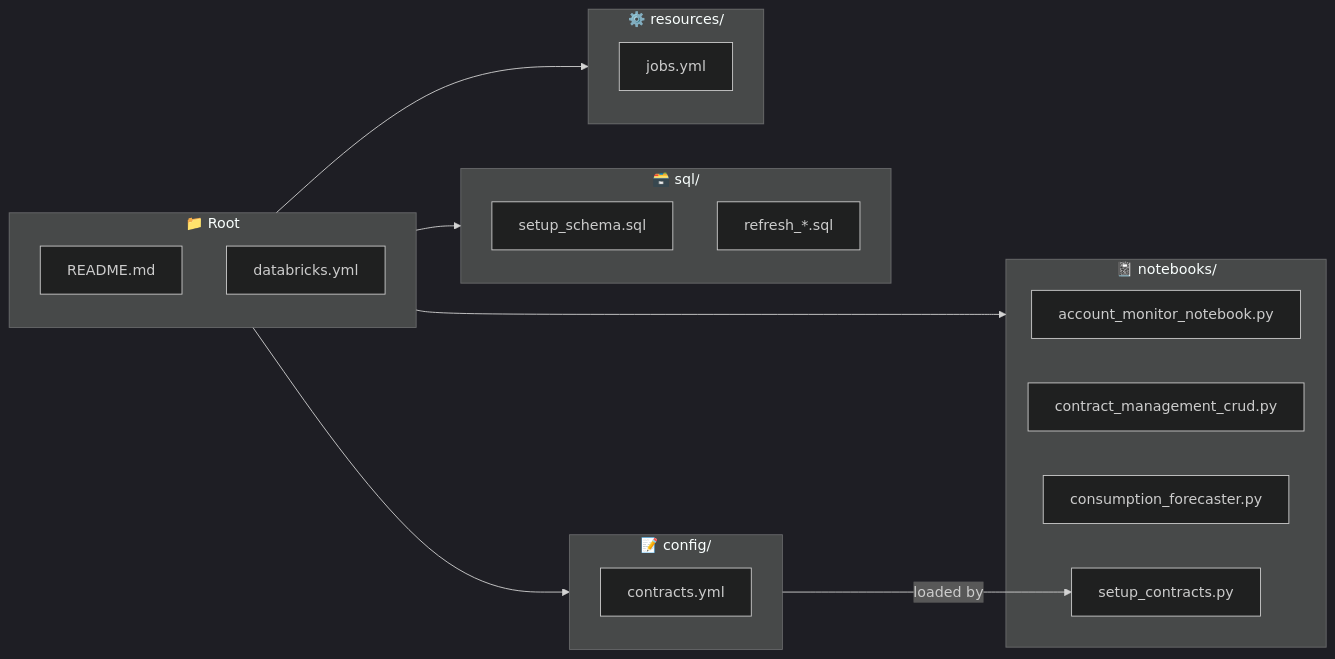
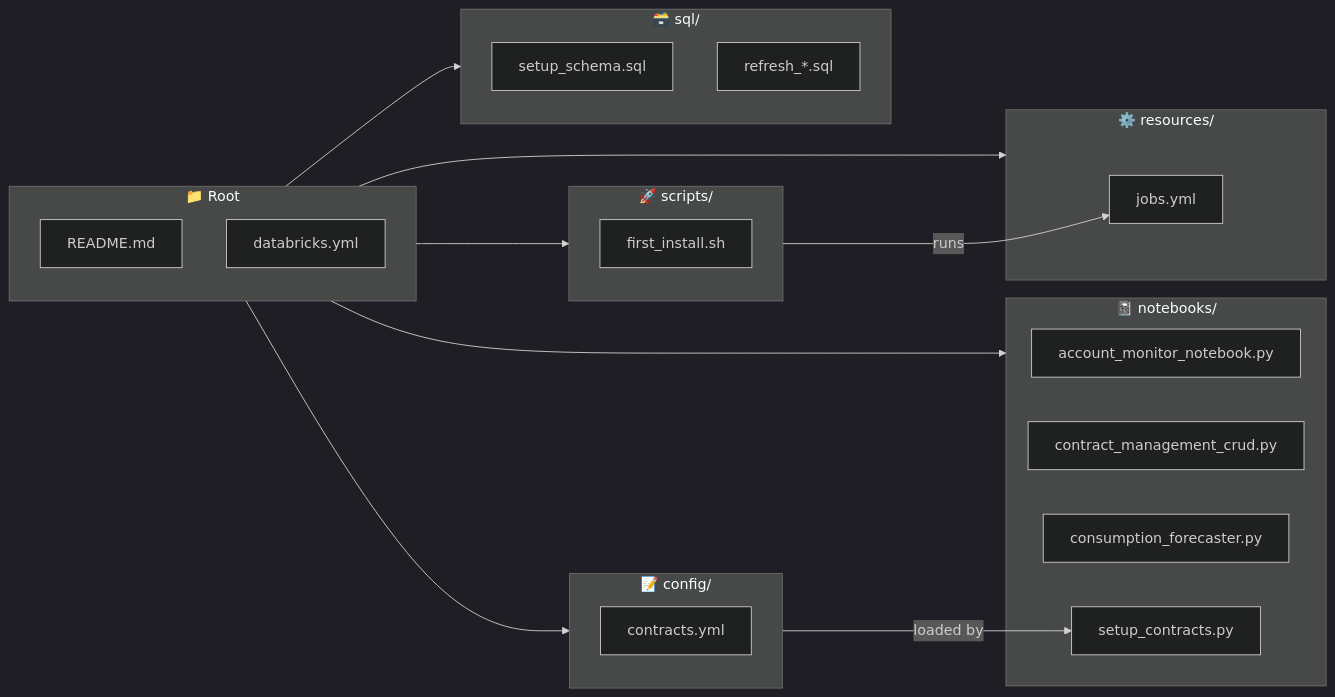
Before and after one commit to LaurentPRAT-DB/ACME_Workspace_Usage_Dashboard: the seventh of 7 diagrams in README.md, drawn with Mermaid (dark theme). The commit also changed other lines of this file and 3 other files, not shown here.

First line of the commit message:
Add first install pipeline and one-command installer script

````diff
--- a/README.md
+++ b/README.md
@@ -503,33 +517,39 @@
 ```mermaid
 flowchart LR
     subgraph root["📁 Root"]
         readme["README.md"]
         dbconfig["databricks.yml"]
+    end
+
+    subgraph scripts["🚀 scripts/"]
+        install["first_install.sh"]
     end
 
     subgraph configdir["📝 config/"]
         contracts["contracts.yml"]
     end
 
     subgraph notebooks["📓 notebooks/"]
         monitor["account_monitor_notebook.py"]
         crud["contract_management_crud.py"]
         forecast["consumption_forecaster.py"]
         setupnb["setup_contracts.py"]
     end
 
     subgraph sql["🗃️ sql/"]
         setup["setup_schema.sql"]
         refresh["refresh_*.sql"]
     end
 
     subgraph resources["⚙️ resources/"]
         jobs["jobs.yml"]
     end
 
+    root --> scripts
     root --> configdir
     root --> notebooks
     root --> sql
     root --> resources
+    scripts -->|"runs"| jobs
     configdir -->|"loaded by"| setupnb
 ```
````
